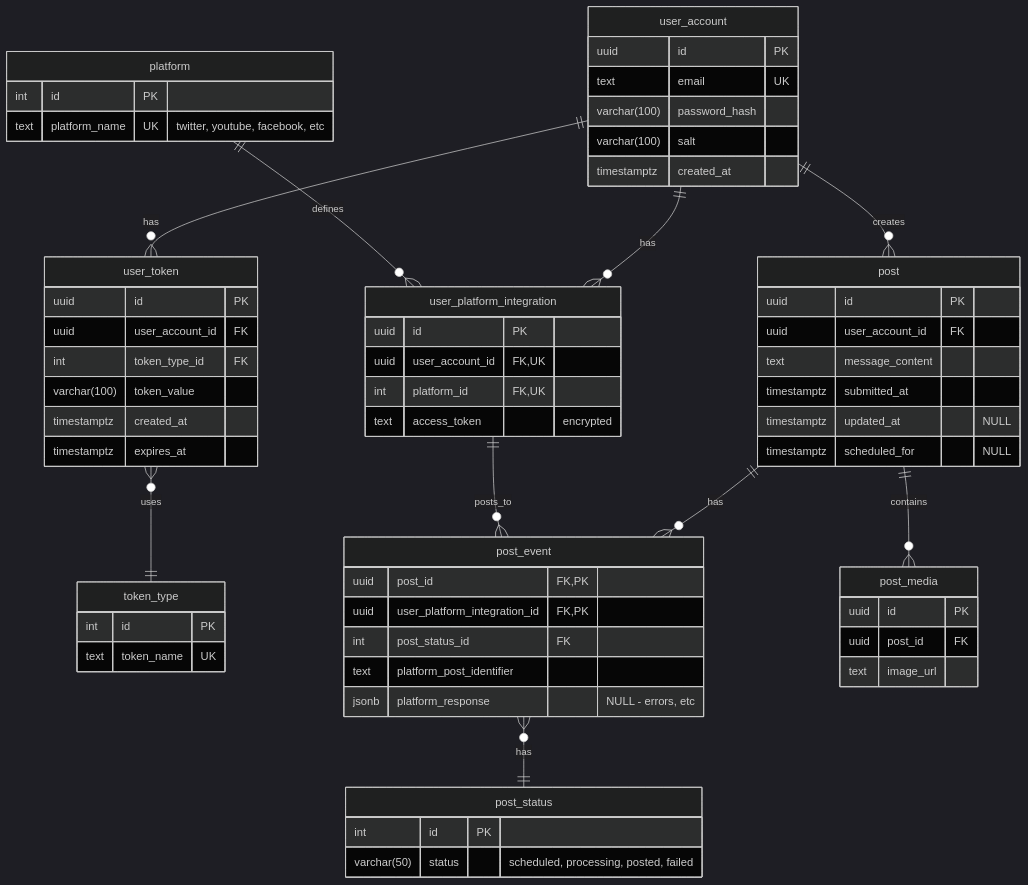
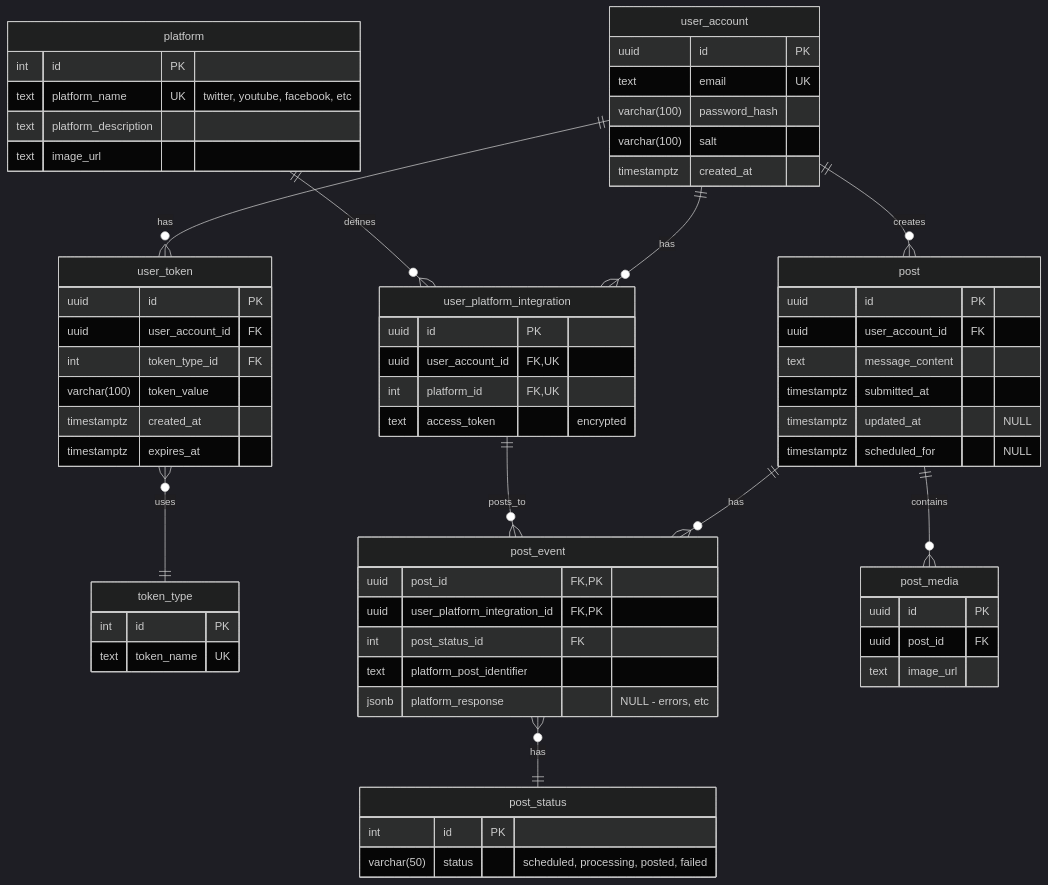
One commit to JKMN-Projects/ripple_sync_backend changed the diagram in documentation/diagrams/er_diagram.md. Above: the diagram before and after it, drawn with Mermaid (dark theme). The commit also changed 5 other files, not shown here.

````diff
--- a/documentation/diagrams/er_diagram.md
+++ b/documentation/diagrams/er_diagram.md
@@ -3,74 +3,76 @@
 ``` mermaid
     erDiagram
     user_account ||--o{ user_platform_integration : "has"
     user_account ||--o{ post : "creates"
     user_account ||--o{ user_token : "has"
     user_token }o--|| token_type : "uses"
     post ||--o{ post_event : "has"
     post_event }o--|| post_status : "has"
     post ||--o{ post_media : "contains"
     platform ||--o{ user_platform_integration : "defines"
     user_platform_integration ||--o{ post_event : "posts_to"
 
     user_account {
         uuid id PK
         text email UK
         varchar(100) password_hash
         varchar(100) salt
         timestamptz created_at 
     }
 
     user_token {
         uuid id PK
         uuid user_account_id FK
         int token_type_id FK
         varchar(100) token_value
         timestamptz created_at
         timestamptz expires_at
     }
 
     token_type {
         int id PK
         text token_name UK
     }
 
     platform {
         int id PK
         text platform_name UK "twitter, youtube, facebook, etc"
+        text platform_description
+        text image_url
     }
 
     user_platform_integration {
         uuid id PK
         uuid user_account_id FK, UK
         int platform_id FK, UK
         text access_token "encrypted"
     }
 
     post {
         uuid id PK
         uuid user_account_id FK
         text message_content
         timestamptz submitted_at
         timestamptz updated_at "NULL"
         timestamptz scheduled_for "NULL"
     }
 
     post_media {
         uuid id PK
         uuid post_id FK
         text image_url 
     }
 
     post_event {
         uuid post_id FK, PK
         uuid user_platform_integration_id FK, PK
         int post_status_id FK
         text platform_post_identifier 
         jsonb platform_response "NULL - errors, etc" 
     }
 
     post_status {
         int id PK
         varchar(50) status "scheduled, processing, posted, failed"
     }
 ```
````
